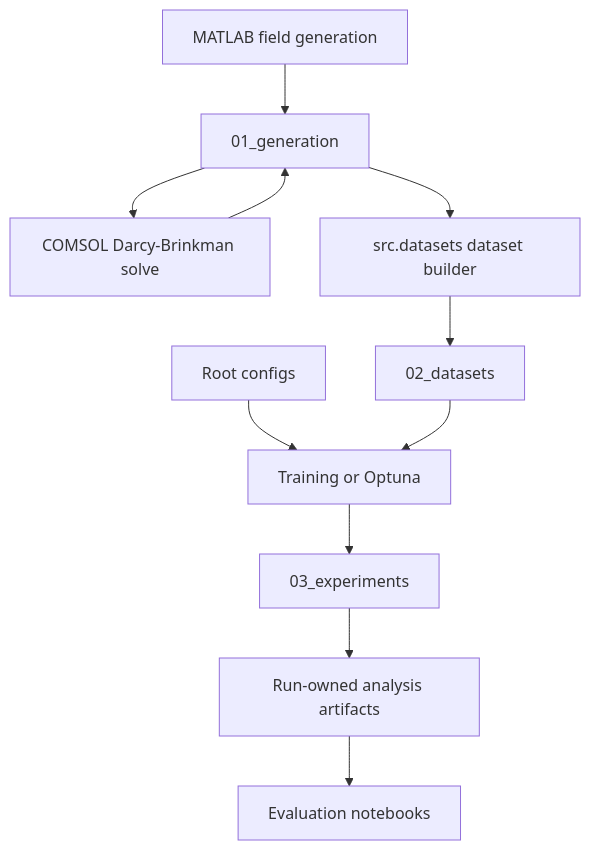
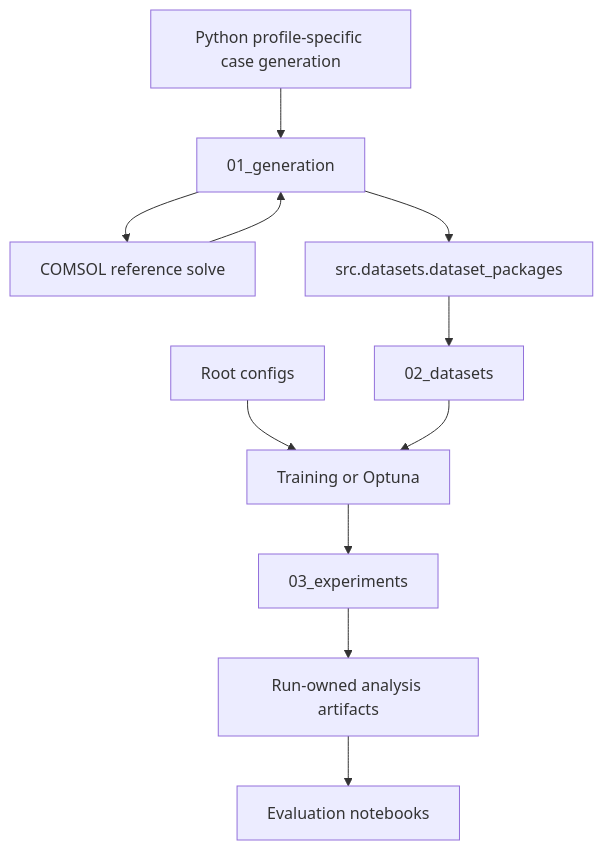
The second of 2 diagrams in README.md (Rinovative/grainlegumes-pino-drying), drawn with Mermaid before and after one commit. The commit also changed other lines of this file and 69 other files, not shown here.

````diff
--- a/README.md
+++ b/README.md
@@ -67,13 +67,13 @@
 ```mermaid
 flowchart TD
-    M[MATLAB field generation] --> G[01_generation]
-    G --> C[COMSOL Darcy-Brinkman solve]
+    M[Python profile-specific case generation] --> G[01_generation]
+    G --> C[COMSOL reference solve]
     C --> G
-    G --> B[src.datasets dataset builder]
+    G --> B[src.datasets.dataset_packages]
     B --> D[02_datasets]
     X[Root configs] --> T[Training or Optuna]
     D --> T
     T --> E[03_experiments]
     E --> A[Run-owned analysis artifacts]
     A --> N[Evaluation notebooks]
 ```
````
